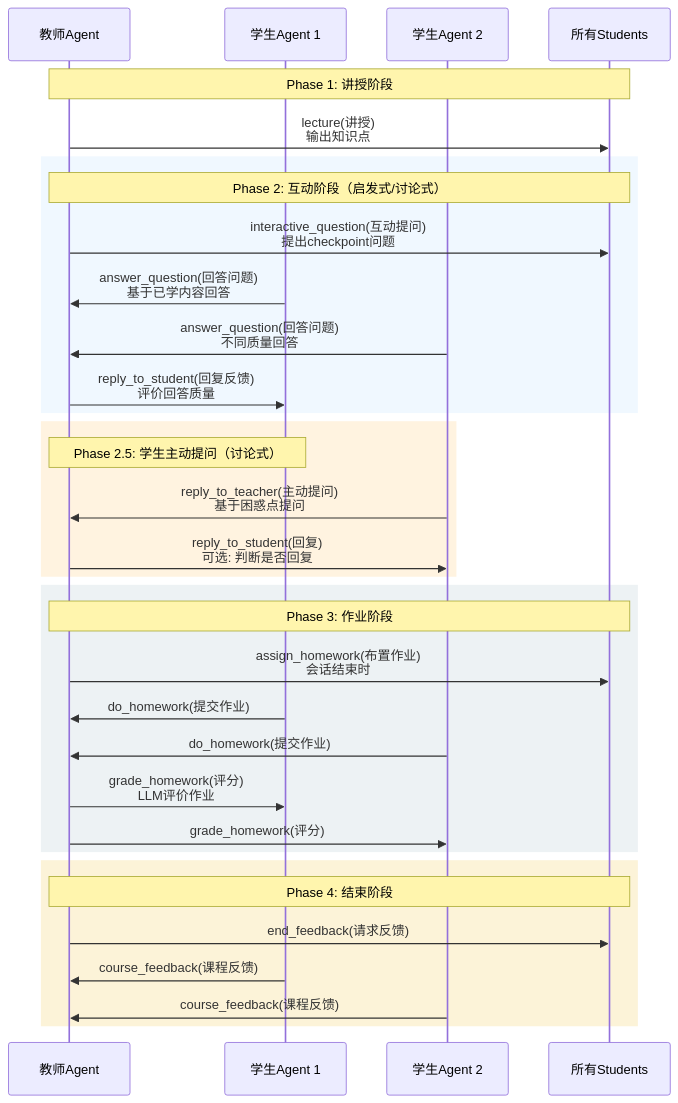
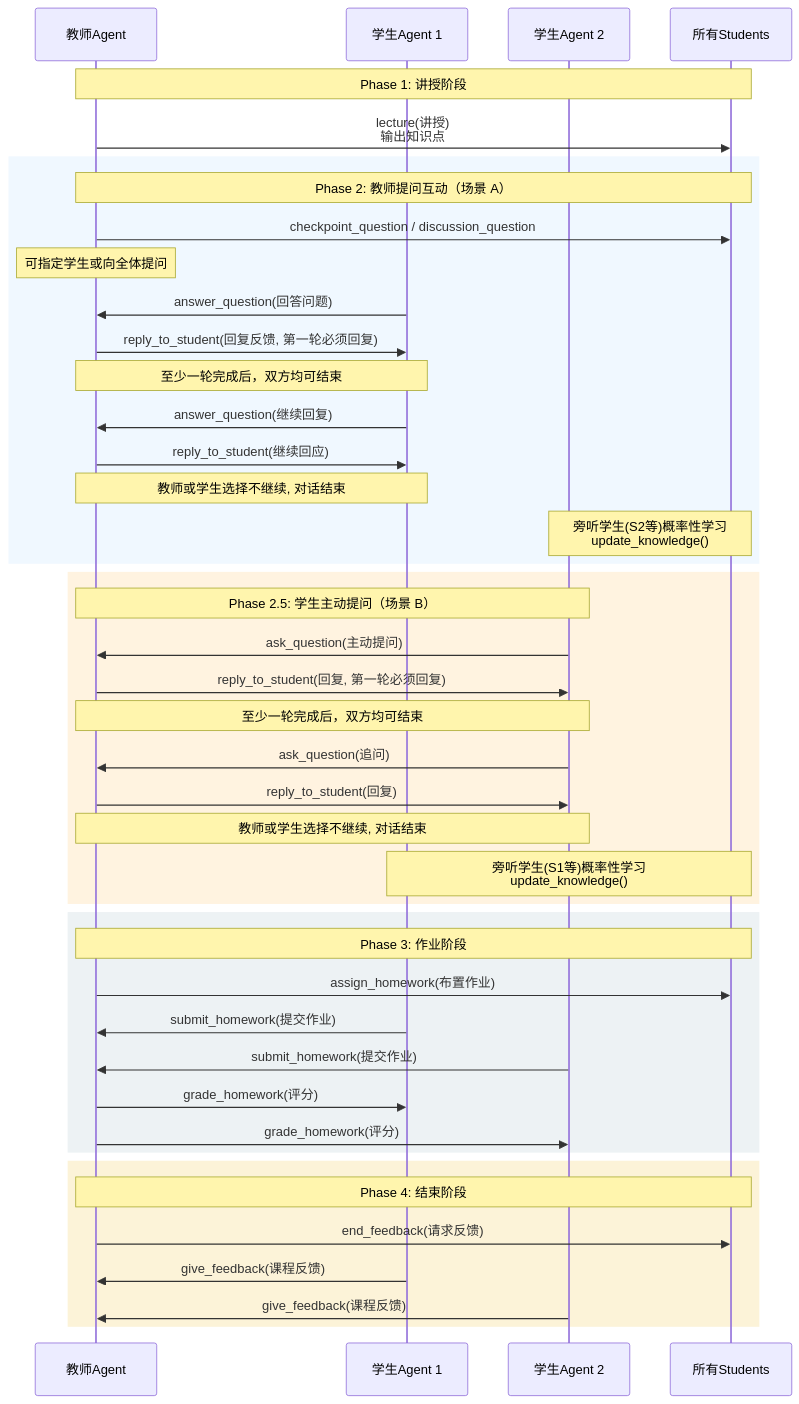
The eighth of 12 diagrams in docs/design.md (PZRvm/teaching-agent), drawn with Mermaid before and after one commit. The commit also changed other lines of this file and 3 other files, not shown here.

````diff
--- a/docs/design.md
+++ b/docs/design.md
@@ -355,40 +904,50 @@
 ```mermaid
 sequenceDiagram
     participant T as 教师Agent
     participant S1 as 学生Agent 1
     participant S2 as 学生Agent 2
     participant All as 所有Students
 
     Note over T,All: Phase 1: 讲授阶段
     T->>All: lecture(讲授)<br/>输出知识点
-    
+
     rect rgb(240, 248, 255)
-    Note over T,All: Phase 2: 互动阶段（启发式/讨论式）
-    T->>All: interactive_question(互动提问)<br/>提出checkpoint问题
-    S1->>T: answer_question(回答问题)<br/>基于已学内容回答
-    S2->>T: answer_question(回答问题)<br/>不同质量回答
-    T->>S1: reply_to_student(回复反馈)<br/>评价回答质量
+    Note over T,All: Phase 2: 教师提问互动（场景 A）
+    T->>All: checkpoint_question / discussion_question
+    Note over T: 可指定学生或向全体提问
+    S1->>T: answer_question(回答问题)
+    T->>S1: reply_to_student(回复反馈, 第一轮必须回复)
+    Note over T,S1: 至少一轮完成后，双方均可结束
+    S1->>T: answer_question(继续回复)
+    T->>S1: reply_to_student(继续回应)
+    Note over T,S1: 教师或学生选择不继续, 对话结束
+    Note over S2,All: 旁听学生(S2等)概率性学习<br/>update_knowledge()
     end
-    
+
     rect rgb(255, 243, 224)
-    Note over S1,T: Phase 2.5: 学生主动提问（讨论式）
-    S2->>T: reply_to_teacher(主动提问)<br/>基于困惑点提问
-    T->>S2: reply_to_student(回复)<br/>可选: 判断是否回复
+    Note over S2,T: Phase 2.5: 学生主动提问（场景 B）
+    S2->>T: ask_question(主动提问)
+    T->>S2: reply_to_student(回复, 第一轮必须回复)
+    Note over T,S2: 至少一轮完成后，双方均可结束
+    S2->>T: ask_question(追问)
+    T->>S2: reply_to_student(回复)
+    Note over T,S2: 教师或学生选择不继续, 对话结束
+    Note over S1,All: 旁听学生(S1等)概率性学习<br/>update_knowledge()
     end
-    
+
     rect rgb(237, 242, 244)
     Note over T,All: Phase 3: 作业阶段
-    T->>All: assign_homework(布置作业)<br/>会话结束时
-    S1->>T: do_homework(提交作业)
-    S2->>T: do_homework(提交作业)
-    T->>S1: grade_homework(评分)<br/>LLM评价作业
+    T->>All: assign_homework(布置作业)
+    S1->>T: submit_homework(提交作业)
+    S2->>T: submit_homework(提交作业)
+    T->>S1: grade_homework(评分)
     T->>S2: grade_homework(评分)
     end
-    
+
     rect rgb(252, 243, 216)
     Note over T,All: Phase 4: 结束阶段
     T->>All: end_feedback(请求反馈)
-    S1->>T: course_feedback(课程反馈)
-    S2->>T: course_feedback(课程反馈)
+    S1->>T: give_feedback(课程反馈)
+    S2->>T: give_feedback(课程反馈)
     end
 ```
````
